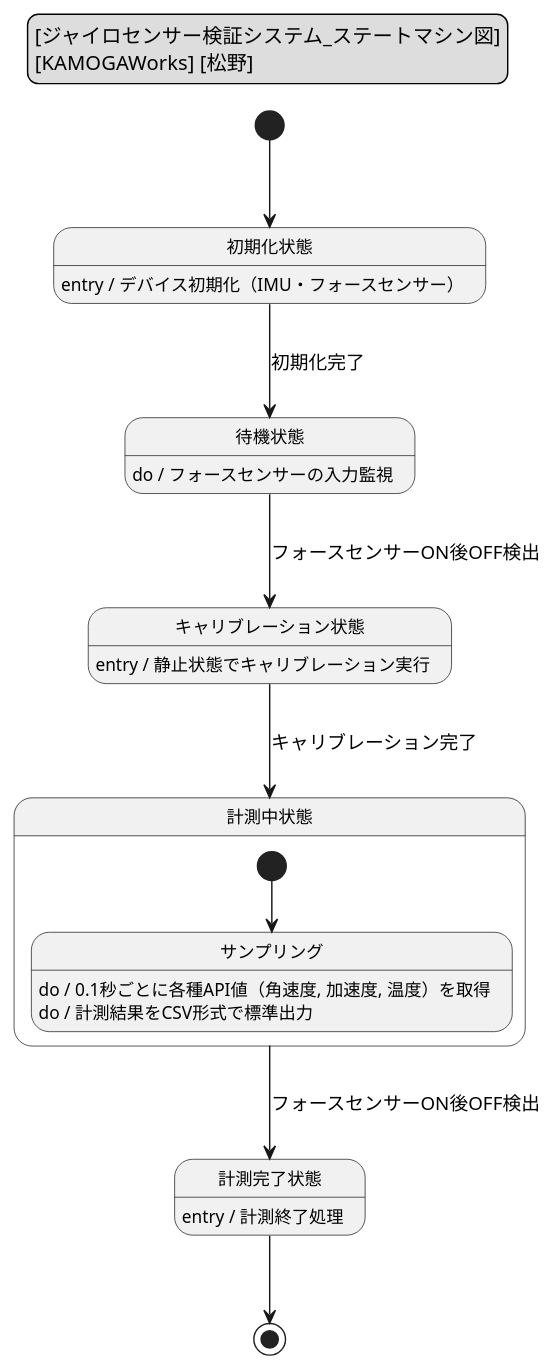
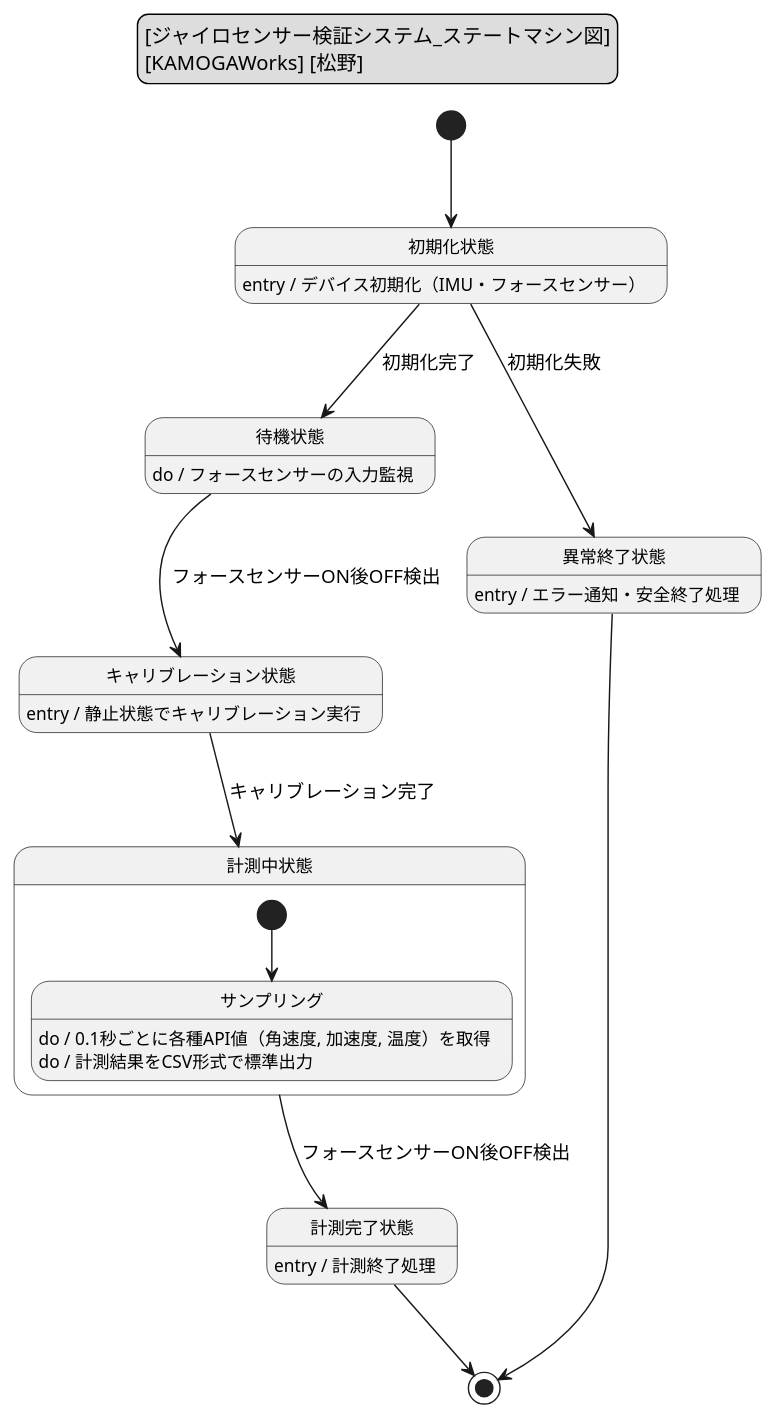
One commit to Matsuno0412/Gyro-sensor-System changed the diagram in UML/ジャイロセンサー検証システム_ステートマシン図.puml. Above: the diagram before and after it, drawn with PlantUML. The commit also changed other lines of this file and 6 other files, not shown here.

```diff
--- a/UML/ジャイロセンサー検証システム_ステートマシン図.puml
+++ b/UML/ジャイロセンサー検証システム_ステートマシン図.puml
@@ -1,46 +1,52 @@
 @startuml ジャイロセンサー検証システム_ステートマシン図
 
 skinparam ActivityDiamondFontSize 12
 skinparam ActivityFontSize 12
 skinparam StateFontSize 12
 
 legend top
 [ジャイロセンサー検証システム_ステートマシン図]
 [KAMOGAWorks] [松野]
 endlegend
 
 [*] --> 初期化状態
 
 state 初期化状態
 初期化状態 : entry / デバイス初期化（IMU・フォースセンサー）
 
 初期化状態 --> 待機状態 : 初期化完了
+初期化状態 --> 異常終了状態 : 初期化失敗
 
 state 待機状態
 待機状態 : do / フォースセンサーの入力監視
 
 待機状態 --> キャリブレーション状態 : フォースセンサーON後OFF検出
 
 state キャリブレーション状態
 キャリブレーション状態 : entry / 静止状態でキャリブレーション実行
 
 キャリブレーション状態 --> 計測中状態 : キャリブレーション完了
 
 state 計測中状態 {
 
     [*] --> サンプリング
 
     state サンプリング
     サンプリング : do / 0.1秒ごとに各種API値（角速度, 加速度, 温度）を取得
     サンプリング : do / 計測結果をCSV形式で標準出力
 
 }
 
 計測中状態 --> 計測完了状態 : フォースセンサーON後OFF検出
 
 state 計測完了状態
 計測完了状態 : entry / 計測終了処理
 
 計測完了状態 --> [*]
 
+state 異常終了状態
+異常終了状態 : entry / エラー通知・安全終了処理
+
+異常終了状態 --> [*]
+
 @enduml
```
